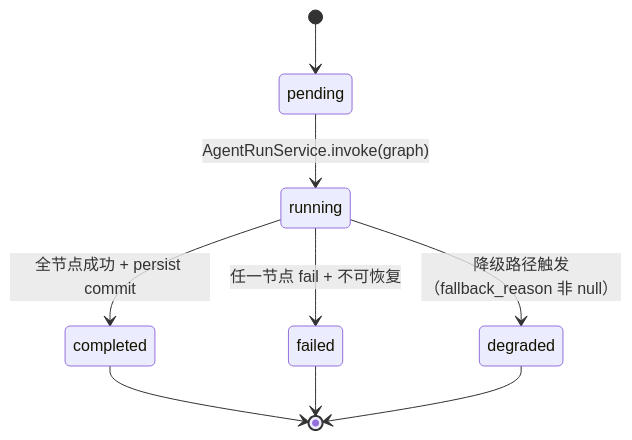
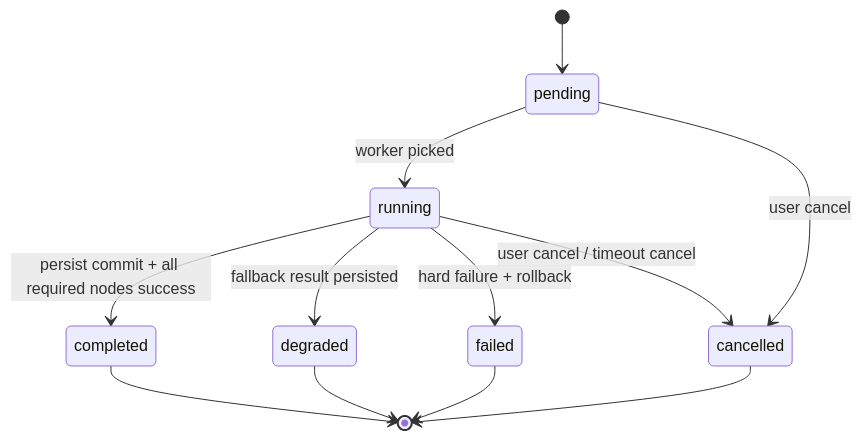
One commit to lyyjsr/career-planning-buddy changed the diagram in docs/model-design/state-machines/run-status.mmd. Above: the diagram before and after it, drawn with Mermaid. The commit also changed other lines of this file and 17 other files, not shown here.

````diff
--- a/docs/model-design/state-machines/run-status.mmd
+++ b/docs/model-design/state-machines/run-status.mmd
@@ -3,11 +3,14 @@
 ```mermaid
 stateDiagram-v2
     [*] --> pending
-    pending --> running: AgentRunService.invoke(graph)
-    running --> completed: 全节点成功 + persist commit
-    running --> failed: 任一节点 fail + 不可恢复
-    running --> degraded: 降级路径触发（fallback_reason 非 null）
+    pending --> running: worker picked
+    pending --> cancelled: user cancel
+    running --> completed: persist commit + all required nodes success
+    running --> degraded: fallback result persisted
+    running --> failed: hard failure + rollback
+    running --> cancelled: user cancel / timeout cancel
     completed --> [*]
+    degraded --> [*]
     failed --> [*]
-    degraded --> [*]
+    cancelled --> [*]
 ```
````
